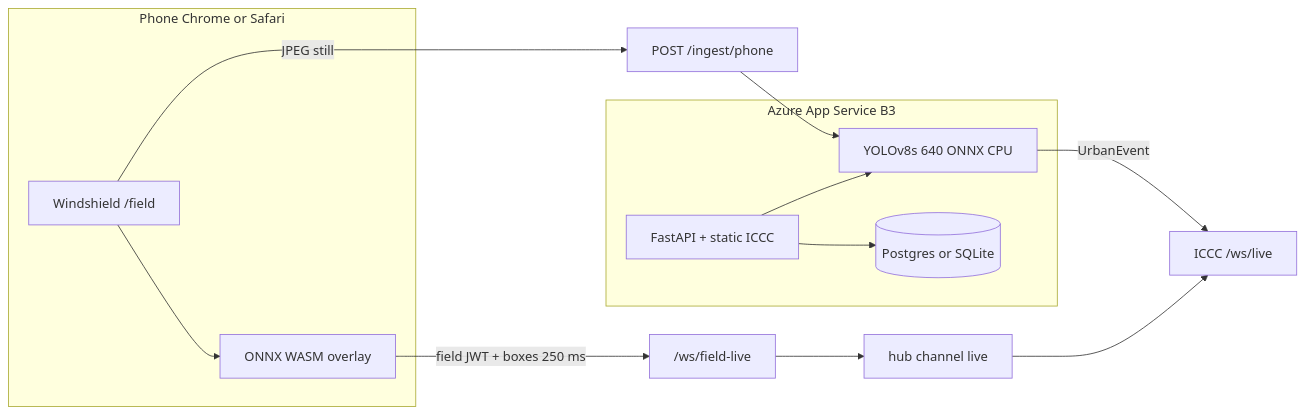
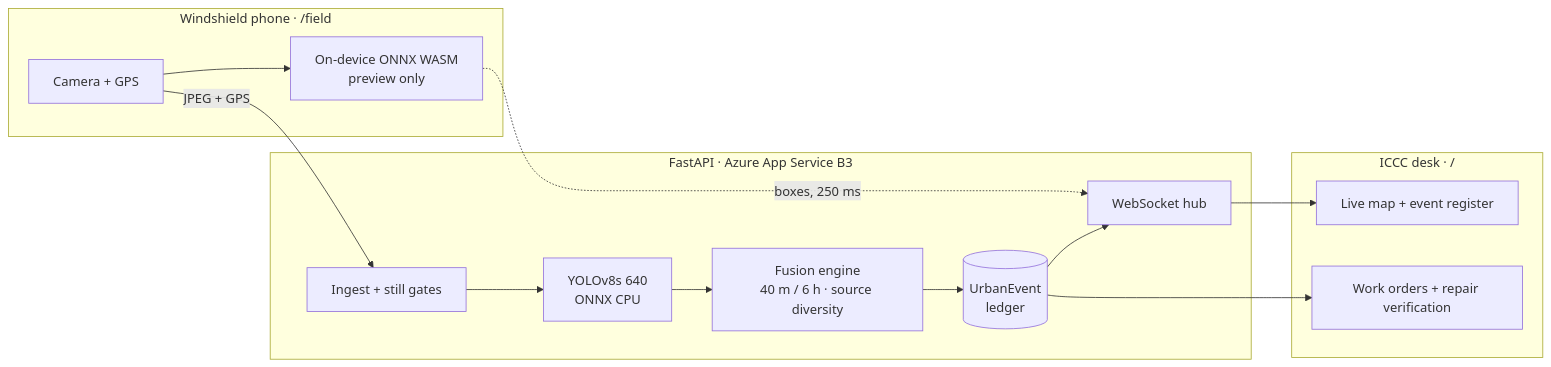
The diagram in README.md (MasterJi27/urbansense-iccc-ps26124), drawn with Mermaid before and after one commit. The commit also changed other lines of this file and 2 other files, not shown here.

````diff
--- a/README.md
+++ b/README.md
@@ -59,21 +103,27 @@
 ```mermaid
 flowchart LR
-  subgraph phone [Phone Chrome or Safari]
-    LENS[Windshield /field]
-    WASM[ONNX WASM overlay]
-    LENS --> WASM
+  subgraph Phone["Windshield phone · /field"]
+    CAM["Camera + GPS"]
+    WASM["On-device ONNX WASM<br/>preview only"]
+    CAM --> WASM
   end
-  subgraph azure [Azure App Service B3]
-    API[FastAPI + static ICCC]
-    CPU[YOLOv8s 640 ONNX CPU]
-    PG[(Postgres or SQLite)]
-    API --> CPU
-    API --> PG
+
+  subgraph API["FastAPI · Azure App Service B3"]
+    ING["Ingest + still gates"]
+    RDD["YOLOv8s 640<br/>ONNX CPU"]
+    FUSE["Fusion engine<br/>40 m / 6 h · source diversity"]
+    EV[("UrbanEvent<br/>ledger")]
+    WS["WebSocket hub"]
+    ING --> RDD --> FUSE --> EV --> WS
   end
-  WASM -->|field JWT + boxes 250 ms| LIVE["/ws/field-live"]
-  LIVE --> HUB[hub channel live]
-  HUB --> DESK["ICCC /ws/live"]
-  LENS -->|JPEG still| STILL["POST /ingest/phone"]
-  STILL --> CPU
-  CPU -->|UrbanEvent| DESK
+
+  subgraph Desk["ICCC desk · /"]
+    MAP["Live map + event register"]
+    WO["Work orders + repair verification"]
+  end
+
+  CAM -->|JPEG + GPS| ING
+  WASM -.->|boxes, 250 ms| WS
+  WS --> MAP
+  EV --> WO
 ```
````
